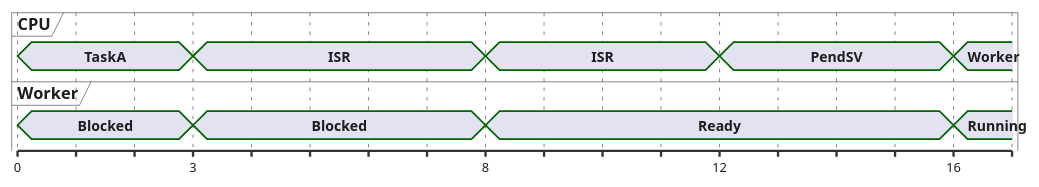
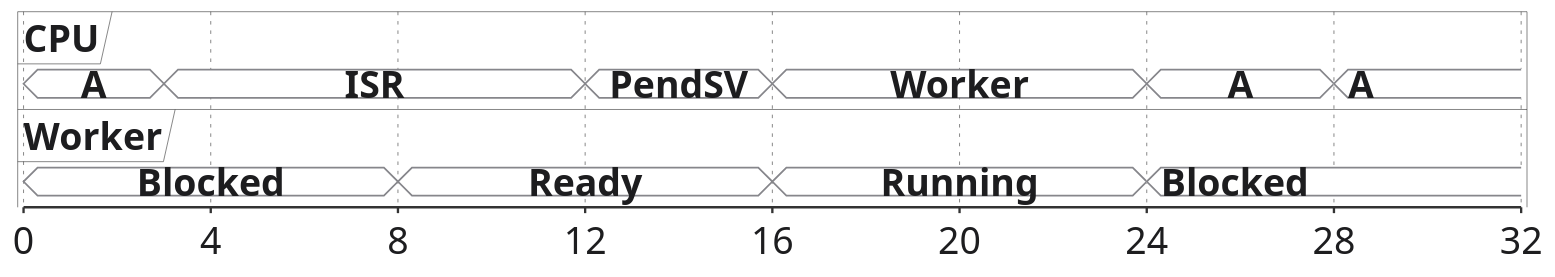
The sixth of 6 diagrams in vorlesungen/05_inter-task-kommunikation.qmd (dantschi/echtzeitsysteme), drawn with PlantUML before and after one commit. The commit also changed other lines of this file and 5 other files, not shown here.

````diff
--- a/vorlesungen/05_inter-task-kommunikation.qmd
+++ b/vorlesungen/05_inter-task-kommunikation.qmd
@@ -809,30 +718,54 @@
 ```{.plantuml}
 @startuml
 skinparam backgroundColor transparent
 skinparam defaultFontName "Inter, sans-serif"
+skinparam defaultFontSize 32
 skinparam defaultFontColor #1D1D1F
 skinparam ArrowColor #86868B
+skinparam ArrowFontName SansSerif
+skinparam NoteBackgroundColor #F5F5F7
+skinparam NoteBorderColor #E5E5EA
 skinparam timing {
+  FontName SansSerif
   BackgroundColor #FFFFFF
   BorderColor #E5E5EA
   LineColor #1D1D1F
   SignalColor #E2001A
 }
+<style>
+timingDiagram {
+  FontName SansSerif
+  robust {
+    LineColor #E2001A
+    BackgroundColor #FFFFFF
+    FontColor #1D1D1F
+  }
+  concise {
+    LineColor #86868B
+    BackgroundColor #FFFFFF
+    FontColor #1D1D1F
+  }
+}
+</style>
+scale 4 as 160 pixels
 concise "CPU" as C
 concise "Worker" as W
 @0
-C is TaskA
+C is A
 W is Blocked
 @3
 C is ISR
-W is Blocked
 @8
-C is ISR
 W is Ready
 @12
 C is PendSV
 @16
 C is Worker
 W is Running
+@24
+C is A
+W is Blocked
+@28
+C is A
 @enduml
 ```
````
